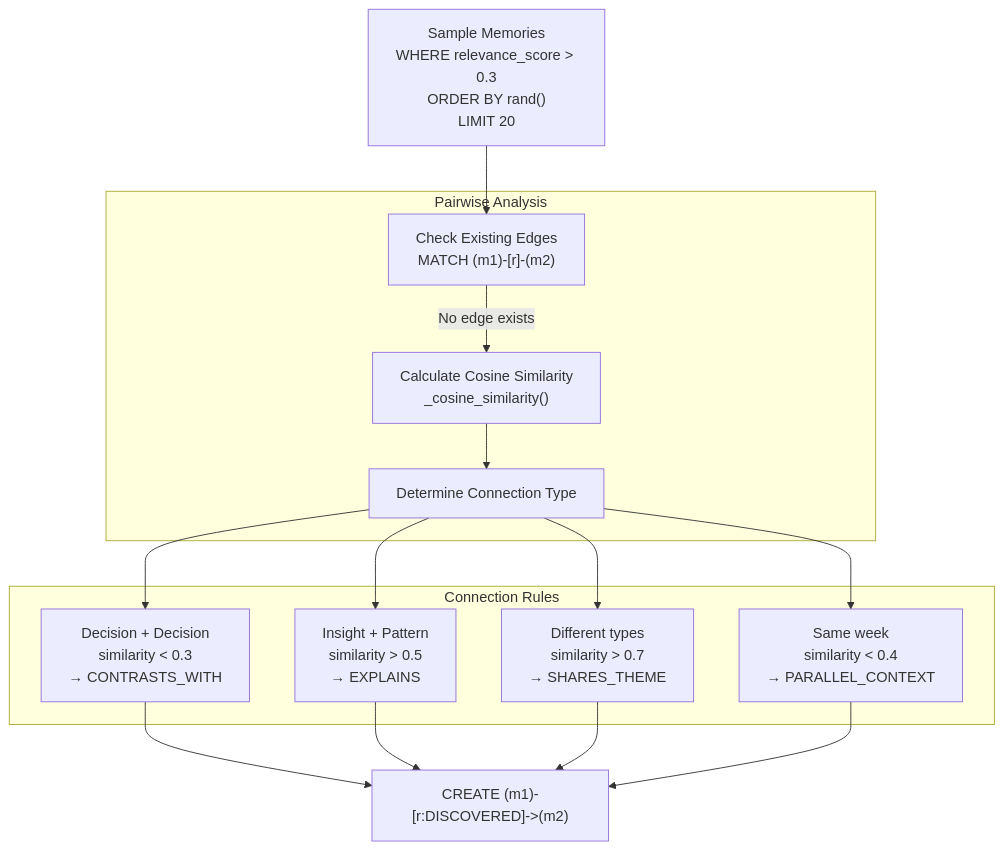
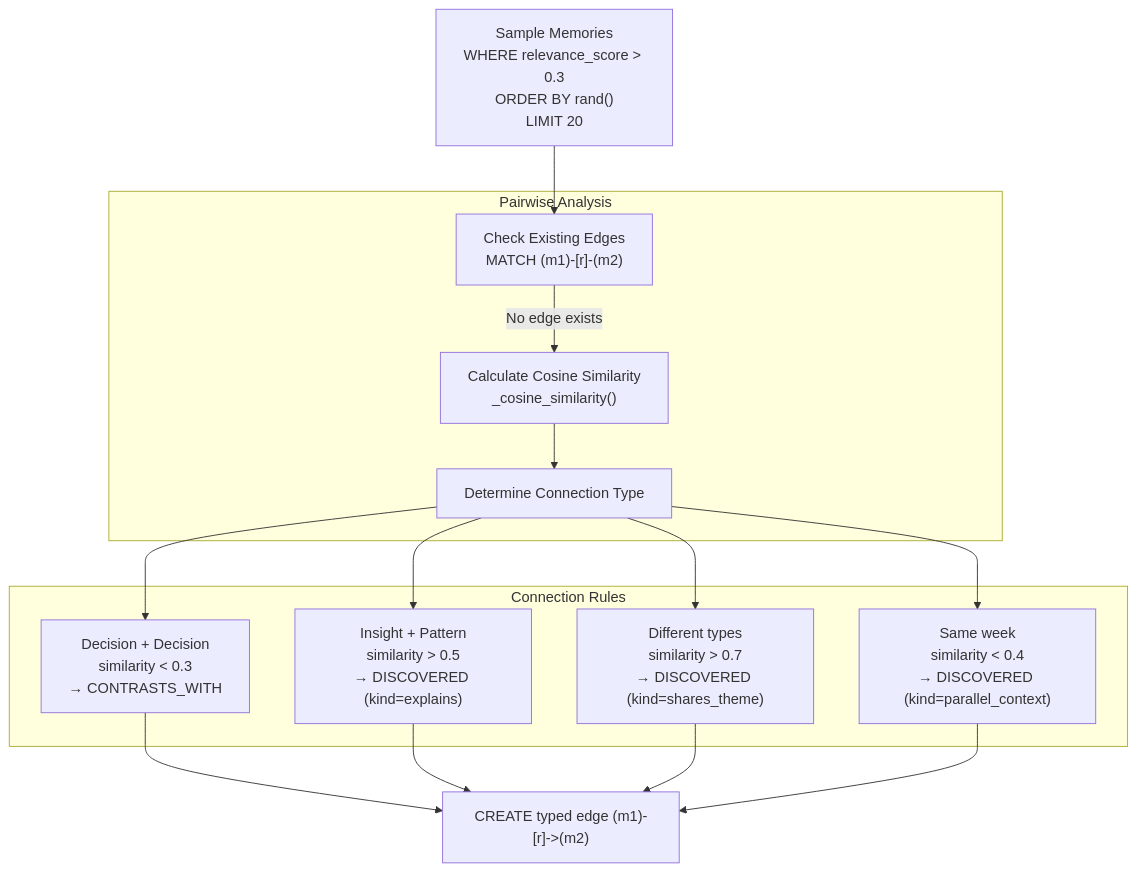
Before and after one commit to verygoodplugins/automem-website: the third of 5 diagrams in src/content/docs/docs/core-concepts/consolidation.md, drawn with Mermaid. The commit also changed other lines of this file and 52 other files, not shown here.

````diff
--- a/src/content/docs/docs/core-concepts/consolidation.md
+++ b/src/content/docs/docs/core-concepts/consolidation.md
@@ -180,30 +181,30 @@
 ```mermaid
 graph TB
     Sample["Sample Memories<br/>WHERE relevance_score > 0.3<br/>ORDER BY rand()<br/>LIMIT 20"]
 
     subgraph "Pairwise Analysis"
         Check["Check Existing Edges<br/>MATCH (m1)-[r]-(m2)"]
         Similarity["Calculate Cosine Similarity<br/>_cosine_similarity()"]
         Type["Determine Connection Type"]
     end
 
     subgraph "Connection Rules"
         R1["Decision + Decision<br/>similarity < 0.3<br/>→ CONTRASTS_WITH"]
-        R2["Insight + Pattern<br/>similarity > 0.5<br/>→ EXPLAINS"]
-        R3["Different types<br/>similarity > 0.7<br/>→ SHARES_THEME"]
-        R4["Same week<br/>similarity < 0.4<br/>→ PARALLEL_CONTEXT"]
+        R2["Insight + Pattern<br/>similarity > 0.5<br/>→ DISCOVERED (kind=explains)"]
+        R3["Different types<br/>similarity > 0.7<br/>→ DISCOVERED (kind=shares_theme)"]
+        R4["Same week<br/>similarity < 0.4<br/>→ DISCOVERED (kind=parallel_context)"]
     end
 
     Sample --> Check
     Check -->|"No edge exists"| Similarity
     Similarity --> Type
     Type --> R1
     Type --> R2
     Type --> R3
     Type --> R4
 
-    R1 --> Create["CREATE (m1)-[r:DISCOVERED]->(m2)"]
+    R1 --> Create["CREATE typed edge (m1)-[r]->(m2)"]
     R2 --> Create
     R3 --> Create
     R4 --> Create
 ```
````
